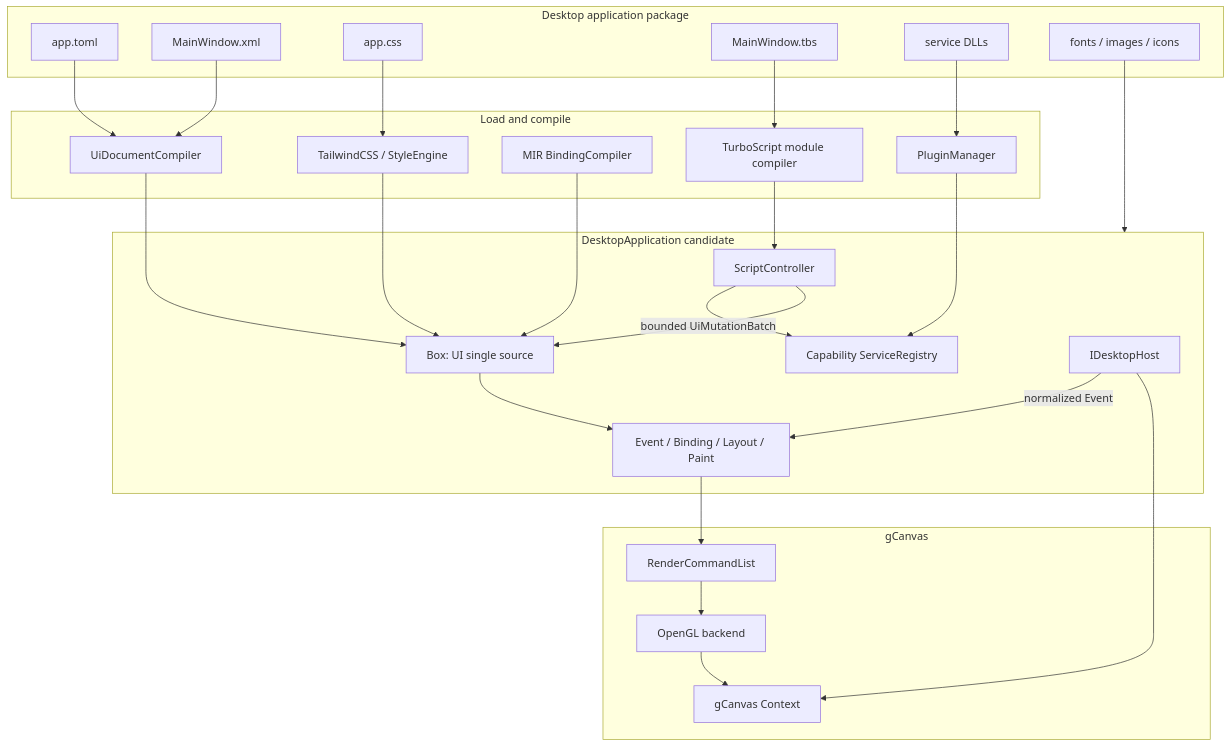
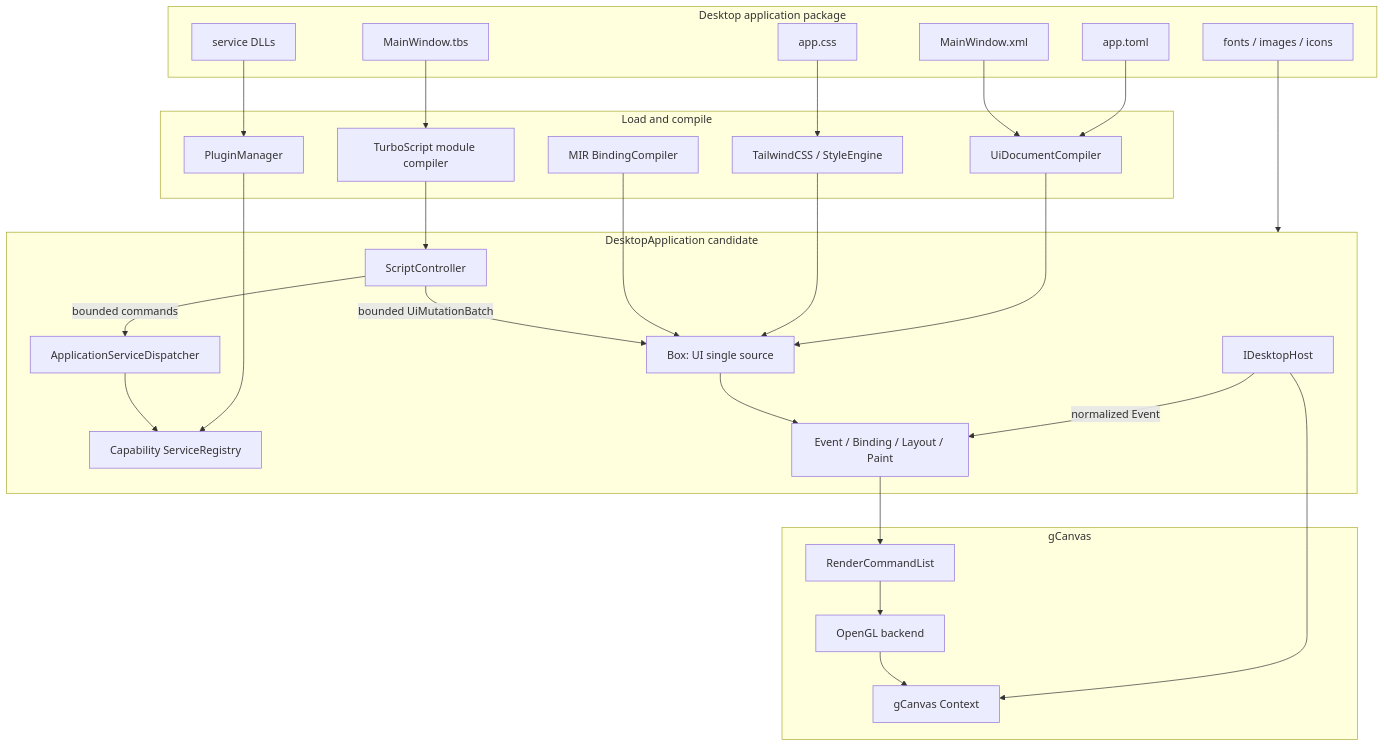
One commit to qigao/stun changed the first of 14 diagrams in flexUI/docs/FLEXUI_DESKTOP_DESIGN.md. Above: the diagram before and after it, drawn with Mermaid. The commit also changed other lines of this file and 37 other files, not shown here.

````diff
--- a/flexUI/docs/FLEXUI_DESKTOP_DESIGN.md
+++ b/flexUI/docs/FLEXUI_DESKTOP_DESIGN.md
@@ -119,53 +119,55 @@
 ```mermaid
 flowchart TB
     subgraph Package[Desktop application package]
         Manifest[app.toml]
         Document[MainWindow.xml]
         Styles[app.css]
         Script[MainWindow.tbs]
         Plugins[service DLLs]
         Assets[fonts / images / icons]
     end
 
     subgraph Compile[Load and compile]
         DocCompiler[UiDocumentCompiler]
         StyleCompiler[TailwindCSS / StyleEngine]
         BindingCompiler[MIR BindingCompiler]
         ScriptCompiler[TurboScript module compiler]
         PluginLoader[PluginManager]
     end
 
     subgraph Runtime[DesktopApplication candidate]
         Host[IDesktopHost]
         Controller[ScriptController]
+        Dispatcher[ApplicationServiceDispatcher]
         Services[Capability ServiceRegistry]
         Box[Box: UI single source]
         Pipeline[Event / Binding / Layout / Paint]
     end
 
     subgraph GPU[gCanvas]
         Commands[RenderCommandList]
         Backend[OpenGL backend]
         Context[gCanvas Context]
     end
 
     Manifest --> DocCompiler
     Document --> DocCompiler
     Styles --> StyleCompiler
     Script --> ScriptCompiler
     Plugins --> PluginLoader
     Assets --> Runtime
     DocCompiler --> Box
     StyleCompiler --> Box
     BindingCompiler --> Box
     ScriptCompiler --> Controller
     PluginLoader --> Services
-    Controller --> Services
+    Controller -->|bounded commands| Dispatcher
+    Dispatcher --> Services
     Controller -->|bounded UiMutationBatch| Box
     Host -->|normalized Event| Pipeline
     Box --> Pipeline
     Pipeline --> Commands
     Commands --> Backend
     Host --> Context
     Backend --> Context
 ```
````
